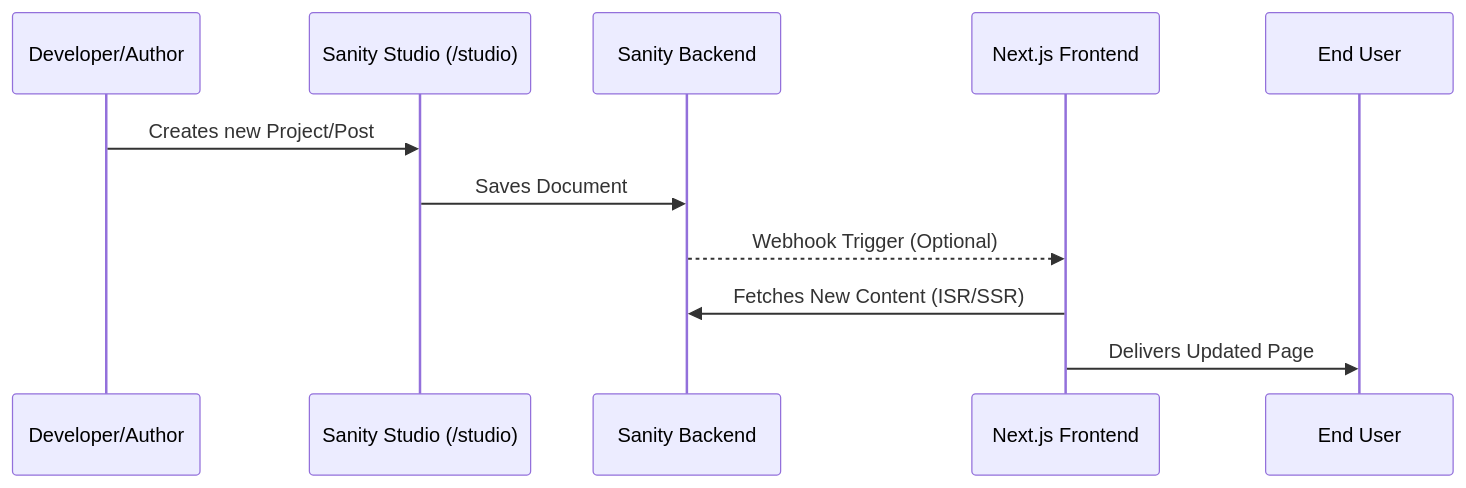
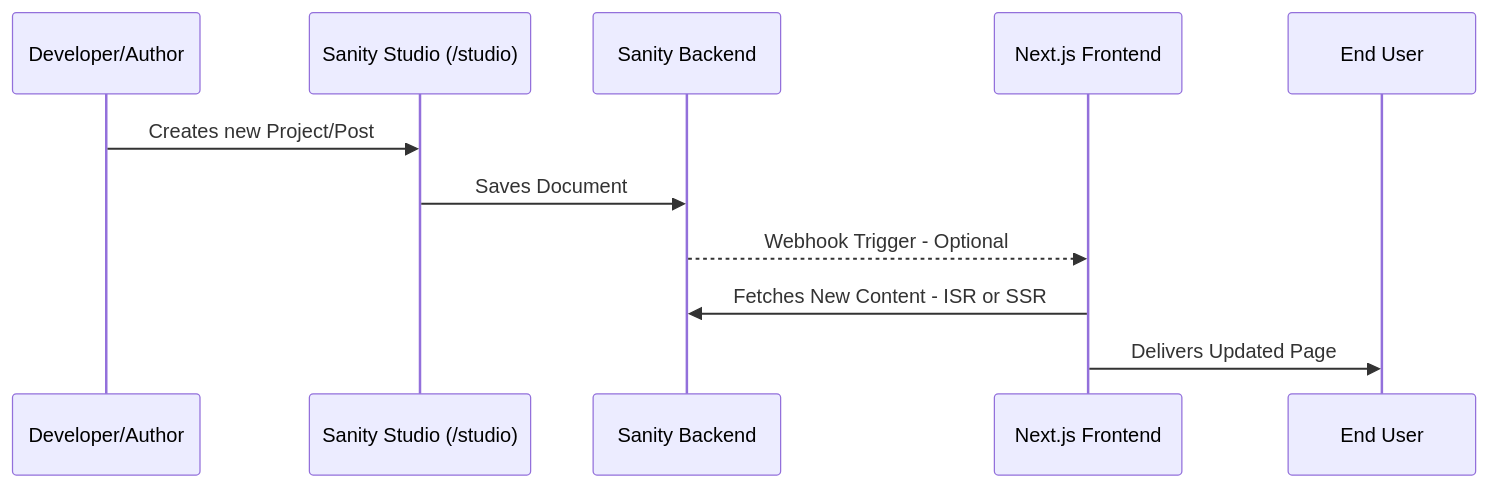
Before and after one commit to siraajul/MeFolio: the second of 2 diagrams in README.md, drawn with Mermaid. The commit also changed other lines of this file, not shown here.

Commit message:
docs: improve clarity of Mermaid diagram descriptions in README

````diff
--- a/README.md
+++ b/README.md
@@ -41,14 +41,14 @@
 ```mermaid
 sequenceDiagram
     participant You as Developer/Author
     participant Studio as Sanity Studio (/studio)
     participant DB as Sanity Backend
     participant App as Next.js Frontend
     participant Visitor as End User
 
     You->>Studio: Creates new Project/Post
     Studio->>DB: Saves Document
-    DB-->>App: Webhook Trigger (Optional)
-    App->>DB: Fetches New Content (ISR/SSR)
+    DB-->>App: Webhook Trigger - Optional
+    App->>DB: Fetches New Content - ISR or SSR
     App->>Visitor: Delivers Updated Page
 ```
````
